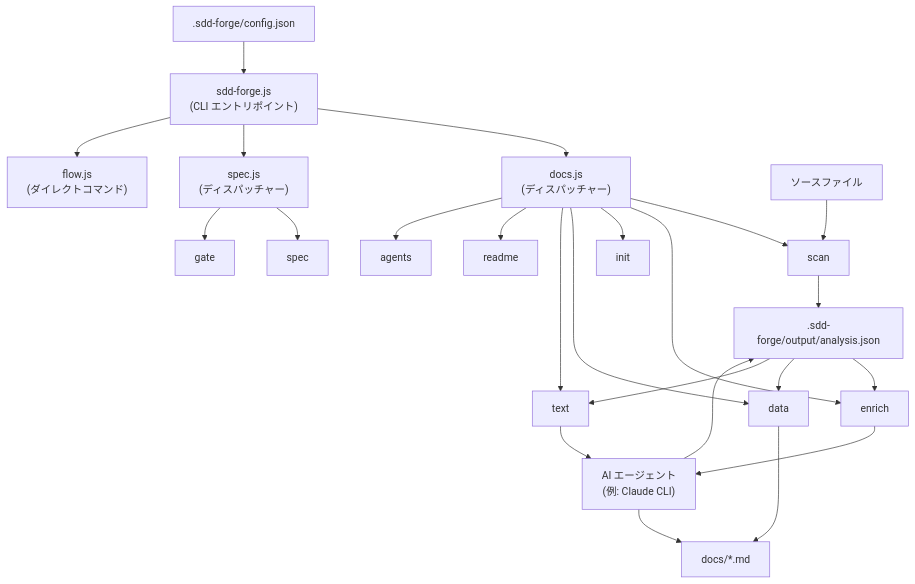
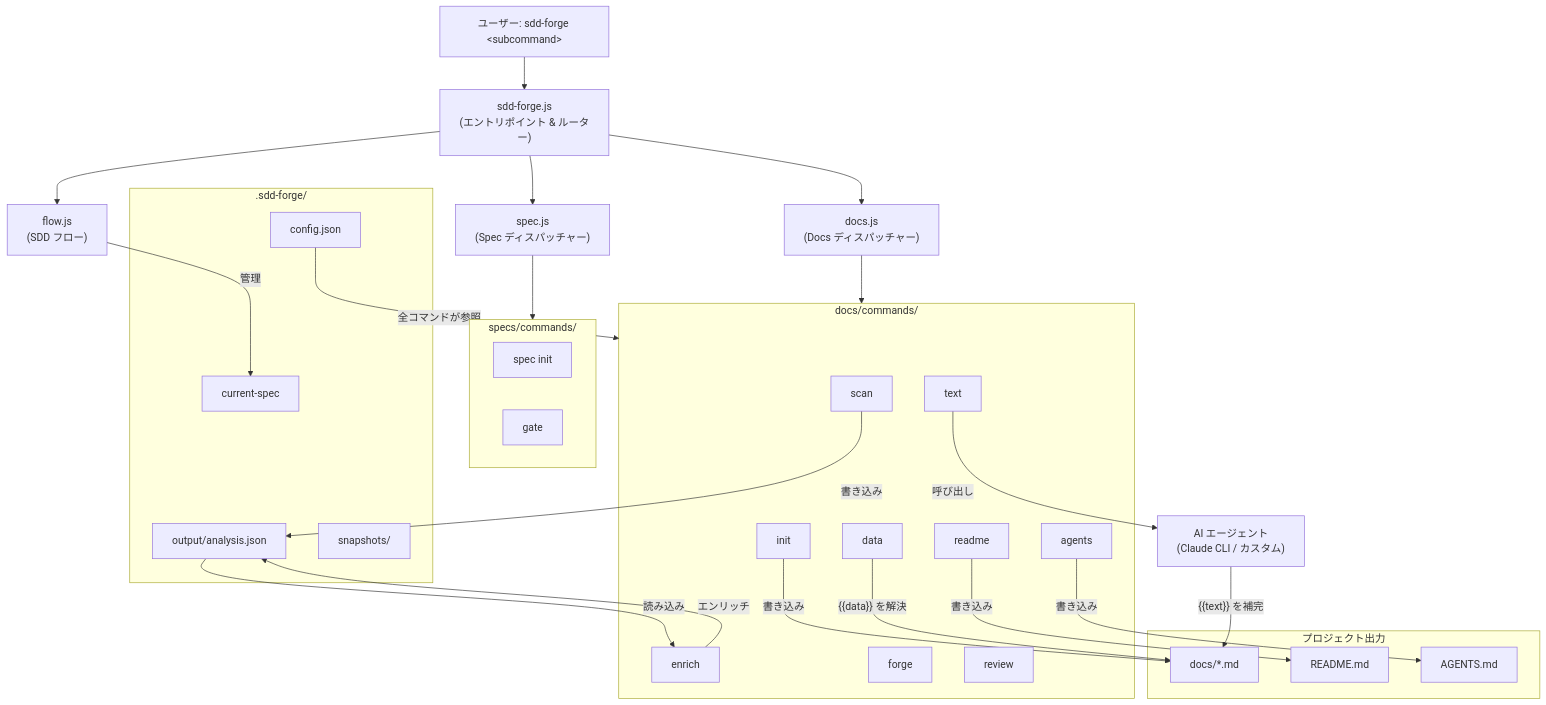
One commit to SpreadWorks/sdd-forge changed the diagram in docs/ja/overview.md. Above: the diagram before and after it, drawn with Mermaid. The commit also changed other lines of this file and 12 other files, not shown here.

````diff
--- a/docs/ja/overview.md
+++ b/docs/ja/overview.md
@@ -16,51 +16,58 @@
 ```mermaid
 flowchart TD
-    CLI["sdd-forge.js\n(CLI エントリポイント)"]
-    DOCS_D["docs.js\n(ディスパッチャー)"]
-    SPEC_D["spec.js\n(ディスパッチャー)"]
-    FLOW_D["flow.js\n(ダイレクトコマンド)"]
+    User["ユーザー: sdd-forge &lt;subcommand&gt;"]
+    Entry["sdd-forge.js\n(エントリポイント & ルーター)"]
+    Docs["docs.js\n(Docs ディスパッチャー)"]
+    Spec["spec.js\n(Spec ディスパッチャー)"]
+    Flow["flow.js\n(SDD フロー)"]
 
-    SCAN["scan"]
-    ENRICH["enrich"]
-    INIT["init"]
-    DATA["data"]
-    TEXT["text"]
-    README["readme"]
-    AGENTS["agents"]
-    GATE["gate"]
-    SPEC_CMD["spec"]
+    subgraph DocsCmds["docs/commands/"]
+        Scan["scan"]
+        Enrich["enrich"]
+        Init["init"]
+        Data["data"]
+        Text["text"]
+        Readme["readme"]
+        Agents["agents"]
+        Forge["forge"]
+        Review["review"]
+    end
 
-    AI["AI エージェント\n(例: Claude CLI)"]
-    CONFIG[".sdd-forge/config.json"]
-    ANALYSIS[".sdd-forge/output/analysis.json"]
-    DOCS_DIR["docs/*.md"]
-    SRC["ソースファイル"]
+    subgraph SpecCmds["specs/commands/"]
+        SpecInit["spec init"]
+        Gate["gate"]
+    end
 
-    CLI --> DOCS_D
-    CLI --> SPEC_D
-    CLI --> FLOW_D
-    CONFIG --> CLI
+    subgraph Storage[".sdd-forge/"]
+        Config["config.json"]
+        Analysis["output/analysis.json"]
+        CurrentSpec["current-spec"]
+        Snapshots["snapshots/"]
+    end
 
-    DOCS_D --> SCAN
-    DOCS_D --> ENRICH
-    DOCS_D --> INIT
-    DOCS_D --> DATA
-    DOCS_D --> TEXT
-    DOCS_D --> README
-    DOCS_D --> AGENTS
+    subgraph Output["プロジェクト出力"]
+        DocsDir["docs/*.md"]
+        ReadmeMd["README.md"]
+        AgentsMd["AGENTS.md"]
+    end
 
-    SPEC_D --> SPEC_CMD
-    SPEC_D --> GATE
+    AI["AI エージェント\n(Claude CLI / カスタム)"]
 
-    SRC --> SCAN
-    SCAN --> ANALYSIS
-    ANALYSIS --> ENRICH
-    ENRICH --> AI
-    AI --> ANALYSIS
-
-    ANALYSIS --> DATA
-    DATA --> DOCS_DIR
-    ANALYSIS --> TEXT
-    TEXT --> AI
-    AI --> DOCS_DIR
+    User --> Entry
+    Entry --> Docs
+    Entry --> Spec
+    Entry --> Flow
+    Docs --> DocsCmds
+    Spec --> SpecCmds
+    Scan -->|"書き込み"| Analysis
+    Analysis -->|"読み込み"| Enrich
+    Enrich -->|"エンリッチ"| Analysis
+    Init -->|"書き込み"| DocsDir
+    Data -->|"{{data}} を解決"| DocsDir
+    Text -->|"呼び出し"| AI
+    AI -->|"{{text}} を補完"| DocsDir
+    Readme -->|"書き込み"| ReadmeMd
+    Agents -->|"書き込み"| AgentsMd
+    Config -->|"全コマンドが参照"| DocsCmds
+    Flow -->|"管理"| CurrentSpec
 ```
````
